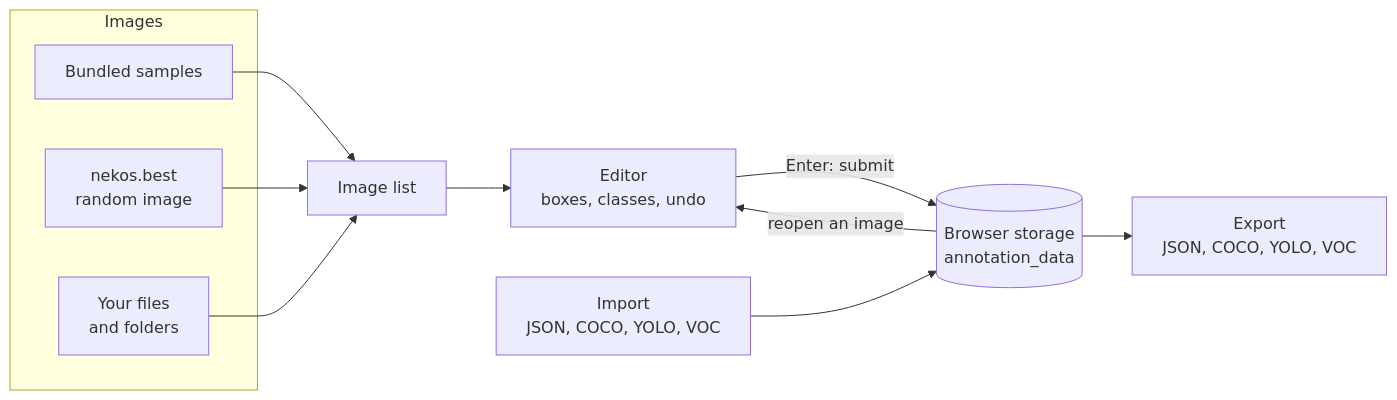
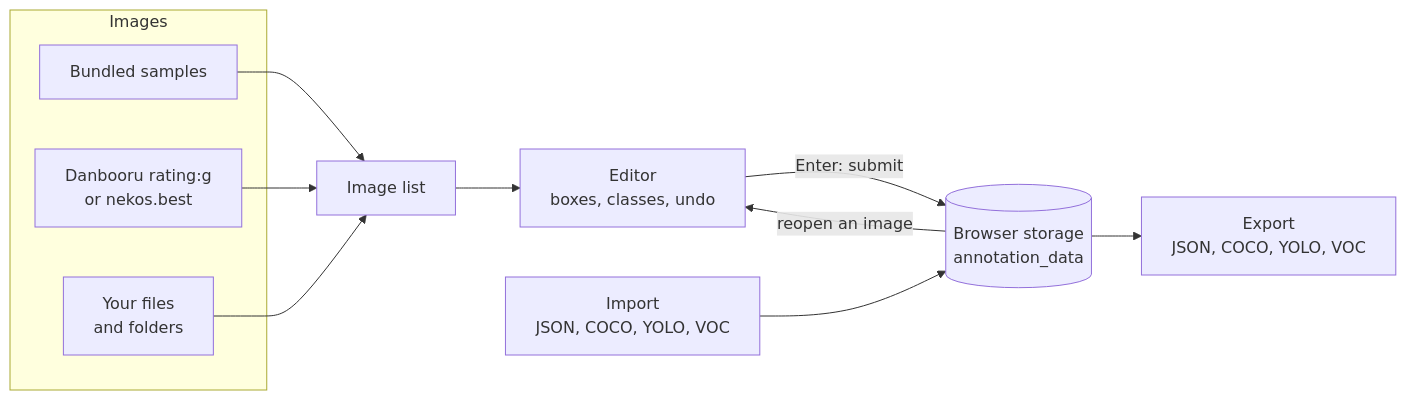
One commit to NatLee/image-annotation changed the diagram in README.md. Above: the diagram before and after it, drawn with Mermaid. The commit also changed other lines of this file and 5 other files, not shown here.

````diff
--- a/README.md
+++ b/README.md
@@ -141,16 +144,16 @@
 ```mermaid
 flowchart LR
   subgraph sources [Images]
     S[Bundled samples]
-    R[nekos.best<br/>random image]
+    R[Danbooru rating:g<br/>or nekos.best]
     L[Your files<br/>and folders]
   end
   S --> Q[Image list]
   R --> Q
   L --> Q
   Q --> E[Editor<br/>boxes, classes, undo]
   E -- Enter: submit --> D[(Browser storage<br/>annotation_data)]
   D -- reopen an image --> E
   I[Import<br/>JSON, COCO, YOLO, VOC] --> D
   D --> X[Export<br/>JSON, COCO, YOLO, VOC]
 ```
````
